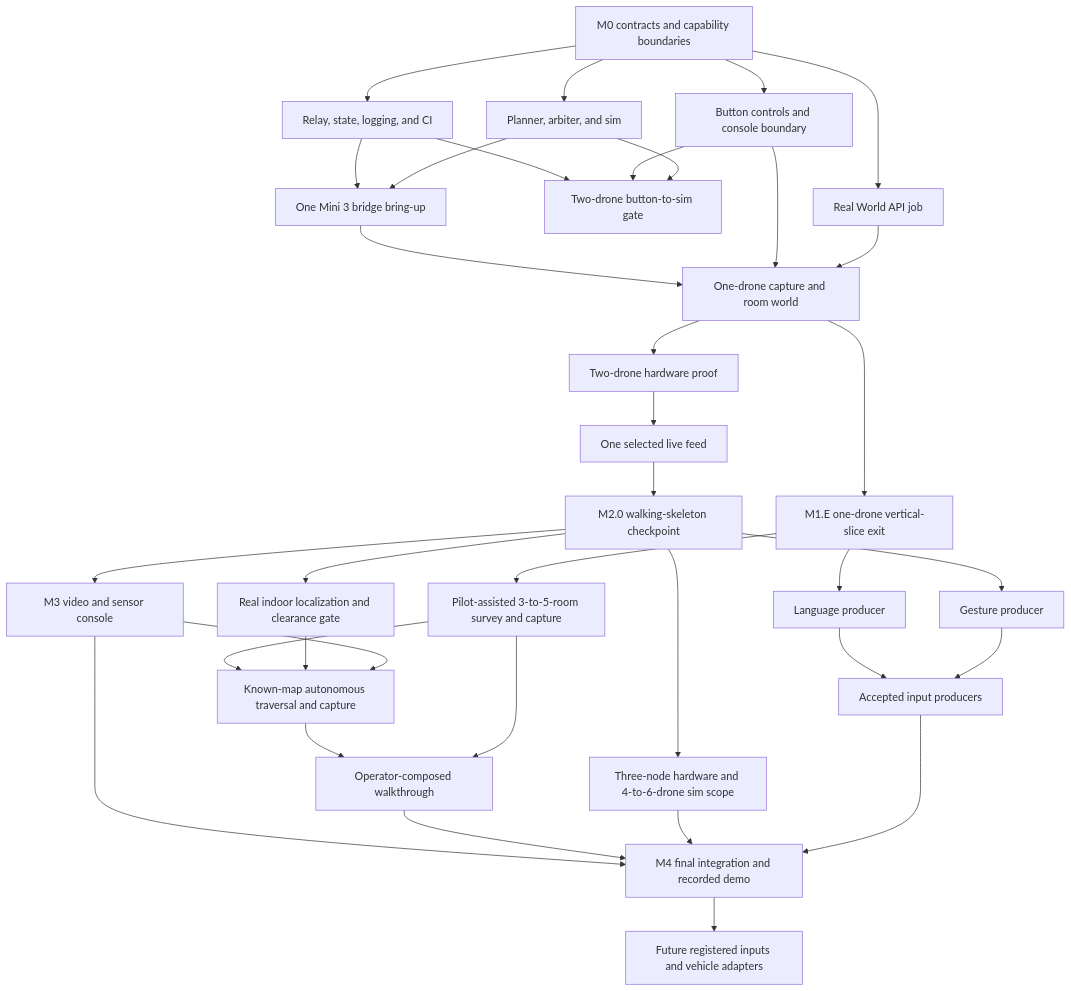
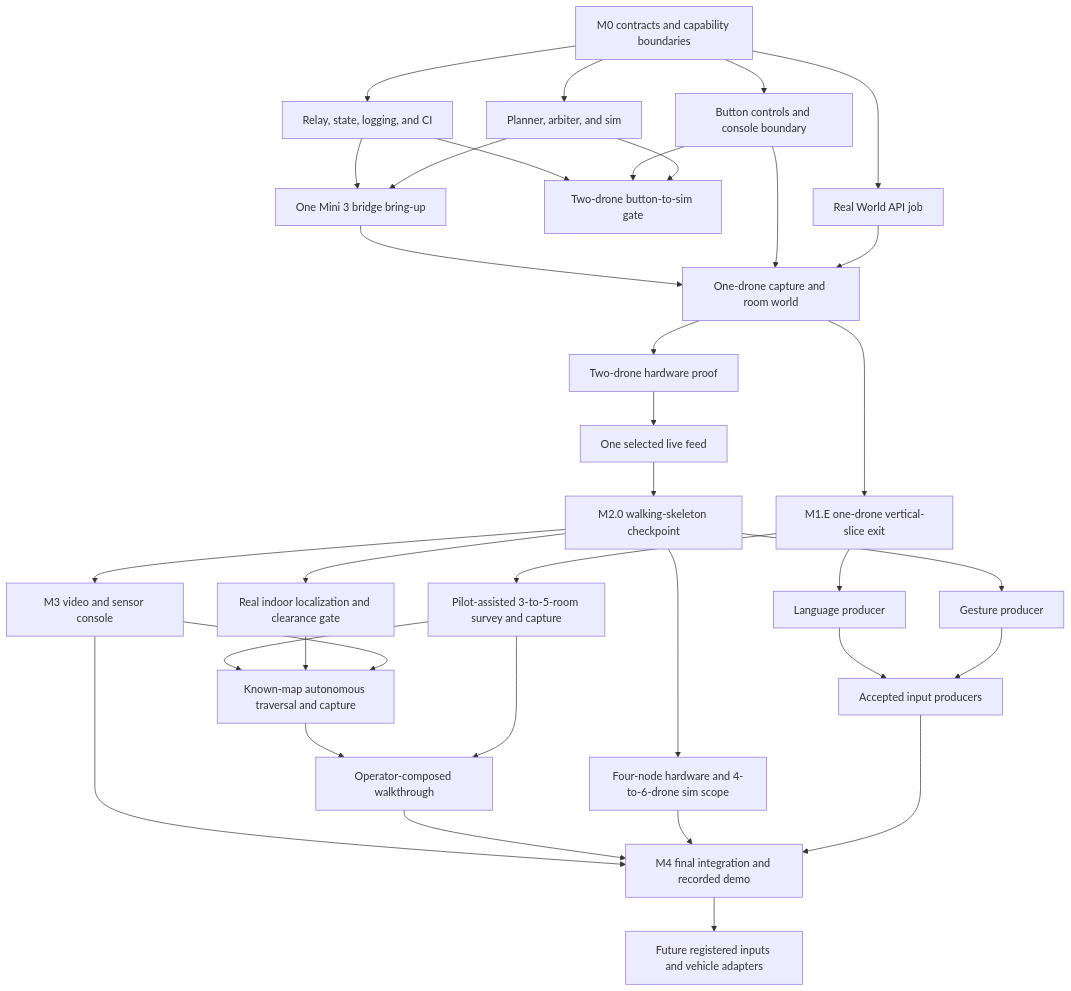
Before and after one commit to worldofhacks/sweep: the diagram in docs/mvp-plan.md, drawn with Mermaid. The commit also changed other lines of this file and 1 other file, not shown here.

Commit message:
docs: define live four-drone membership

````diff
--- a/docs/mvp-plan.md
+++ b/docs/mvp-plan.md
@@ -13,37 +13,37 @@
 ```mermaid
 flowchart TD
     m0[M0 contracts and capability boundaries] --> relay[Relay, state, logging, and CI]
     m0 --> worldapi[Real World API job]
     m0 --> controls[Button controls and console boundary]
     m0 --> autonomy[Planner, arbiter, and sim]
     relay --> simgate[Two-drone button-to-sim gate]
     controls --> simgate
     autonomy --> simgate
     relay --> bridge[One Mini 3 bridge bring-up]
     autonomy --> bridge
     bridge --> hw1[One-drone capture and room world]
     controls --> hw1
     worldapi --> hw1
     hw1 --> m1e[M1.E one-drone vertical-slice exit]
     m1e --> rooms[Pilot-assisted 3-to-5-room survey and capture]
     hw1 --> hw2[Two-drone hardware proof]
     hw2 --> feed[One selected live feed]
     feed --> m20[M2.0 walking-skeleton checkpoint]
     m1e --> language[Language producer]
     m20 --> gesture[Gesture producer]
-    m20 --> scale[Three-node hardware and 4-to-6-drone sim scope]
+    m20 --> scale[Four-node hardware and 4-to-6-drone sim scope]
     m20 --> video[M3 video and sensor console]
     m20 --> localization[Real indoor localization and clearance gate]
     rooms --> knownmap[Known-map autonomous traversal and capture]
     localization --> knownmap
     video --> knownmap
     language --> inputs[Accepted input producers]
     gesture --> inputs
     knownmap --> compose[Operator-composed walkthrough]
     rooms --> compose
     video --> release[M4 final integration and recorded demo]
     compose --> release
     scale --> release
     inputs --> release
     release --> future[Future registered inputs and vehicle adapters]
 ```
````
